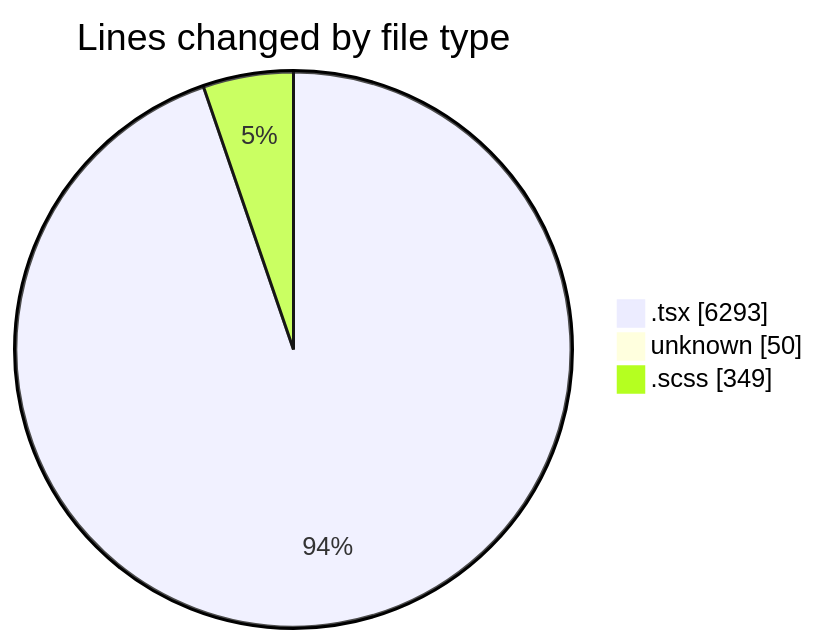
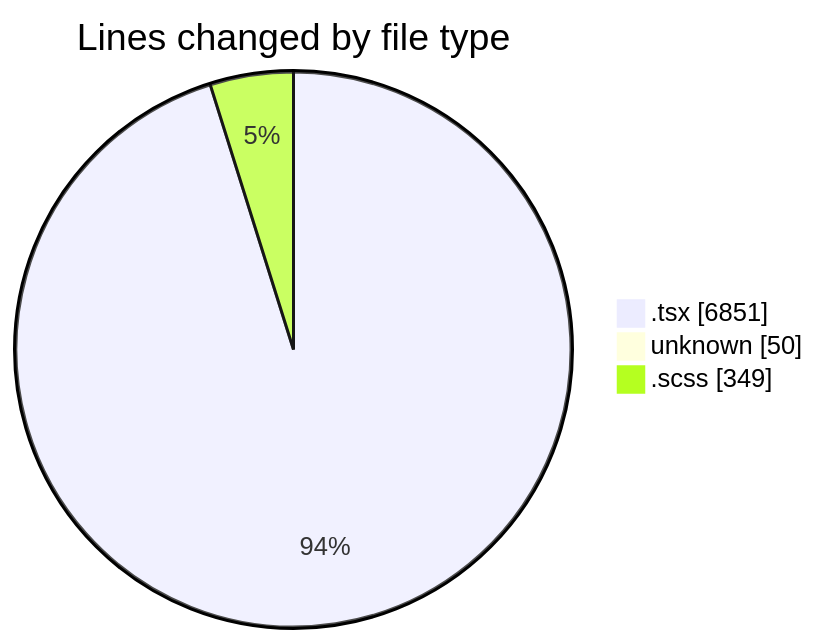
The first of 2 diagrams in 2025-12-05/cda/README.md (momahboobian/code-tracking), drawn with Mermaid before and after one commit. The commit also changed other lines of this file and 1 other file, not shown here.

````diff
--- a/2025-12-05/cda/README.md
+++ b/2025-12-05/cda/README.md
@@ -32,7 +33,7 @@
 ```mermaid
 pie showData
 title Lines changed by file type
-".tsx" : 6293
+".tsx" : 6851
 "unknown" : 50
 ".scss" : 349
 ```
````
